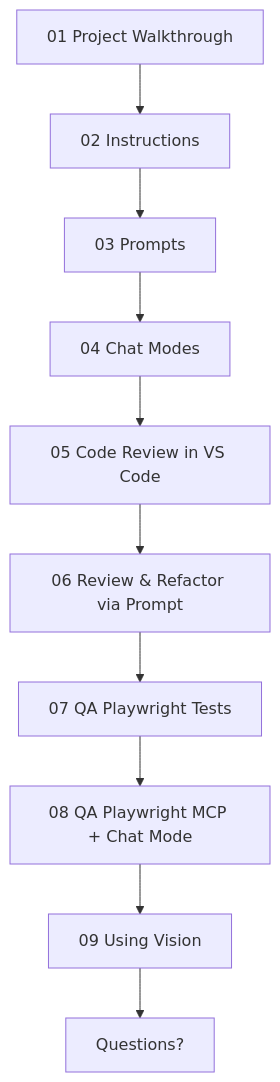
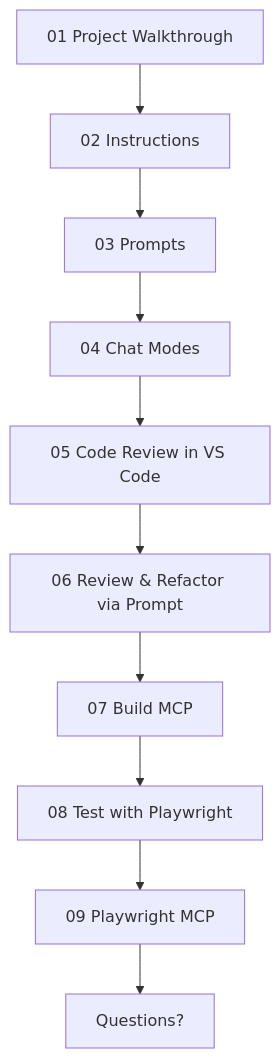
Before and after one commit to rdwr-goneng/copilot-ts-workshop-two: the diagram in .github/DEMOFLOW.md, drawn with Mermaid. The commit also changed other lines of this file, not shown here.

Commit message:
feat: Update DEMOFLOW structure with improved flowchart and prompt links

````diff
--- a/.github/DEMOFLOW.md
+++ b/.github/DEMOFLOW.md
@@ -3,12 +3,12 @@
 ```mermaid
 flowchart TD
 	A[01 Project Walkthrough] --> B[02 Instructions]
 	B --> C[03 Prompts]
 	C --> D[04 Chat Modes]
 	D --> E[05 Code Review in VS Code]
 	E --> F[06 Review & Refactor via Prompt]
-	F --> G[07 QA Playwright Tests]
-	G --> H[08 QA Playwright MCP + Chat Mode]
-	H --> I[09 Using Vision]
+	F --> G[07 Build MCP]
+	G --> H[08 Test with Playwright]
+	H --> I[09 Playwright MCP]
 	I --> J[Questions?]
 ```
````
